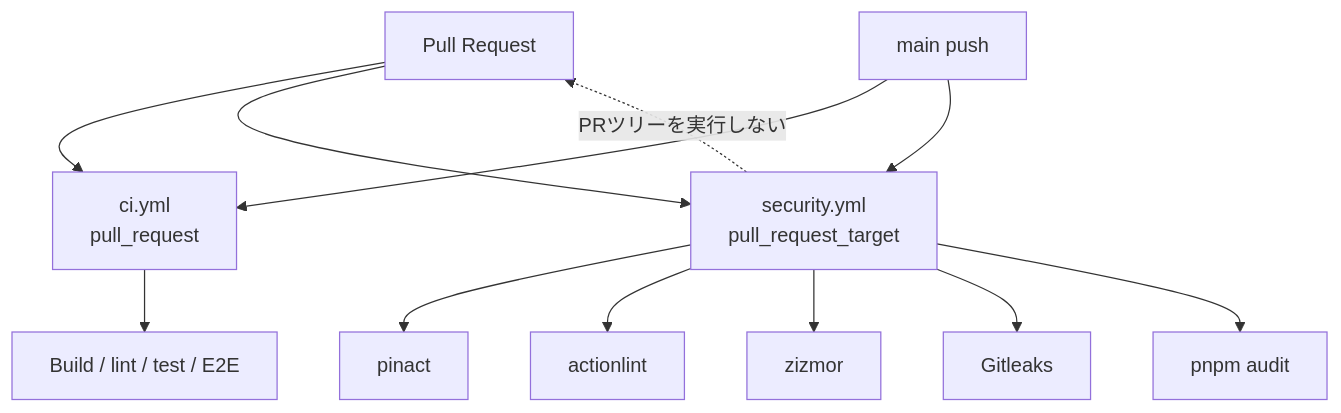
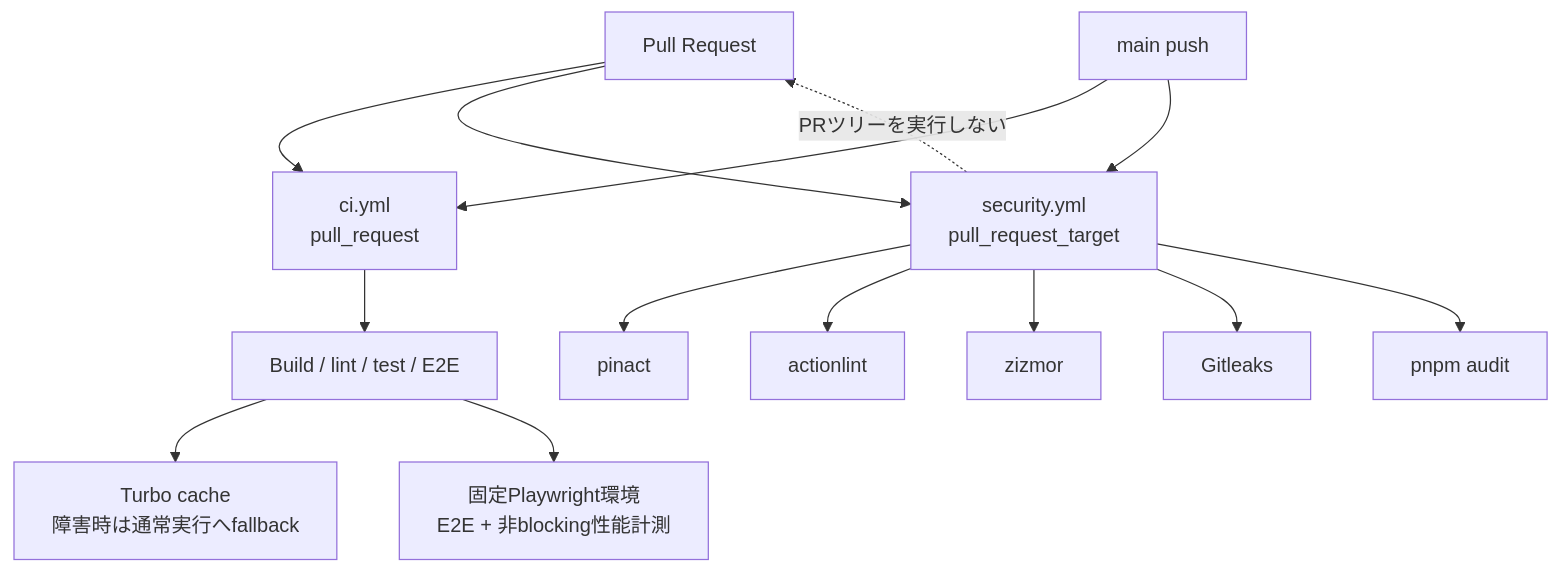
The first of 2 diagrams in docs/ci.md (r4ai/news-podcast), drawn with Mermaid before and after one commit. The commit also changed other lines of this file and 9 other files, not shown here.

````diff
--- a/docs/ci.md
+++ b/docs/ci.md
@@ -5,14 +5,16 @@
 ```mermaid
 flowchart TD
   PR[Pull Request] --> CI[ci.yml<br/>pull_request]
   PR --> SEC[security.yml<br/>pull_request_target]
   PUSH[main push] --> CI
   PUSH --> SEC
   CI --> TEST[Build / lint / test / E2E]
+  TEST --> CACHE[Turbo cache<br/>障害時は通常実行へfallback]
+  TEST --> BROWSER[固定Playwright環境<br/>E2E + 非blocking性能計測]
   SEC --> PIN[pinact]
   SEC --> LINT[actionlint]
   SEC --> ZIZ[zizmor]
   SEC --> LEAK[Gitleaks]
   SEC --> AUDIT[pnpm audit]
   SEC -.->|PRツリーを実行しない| PR
 ```
````
